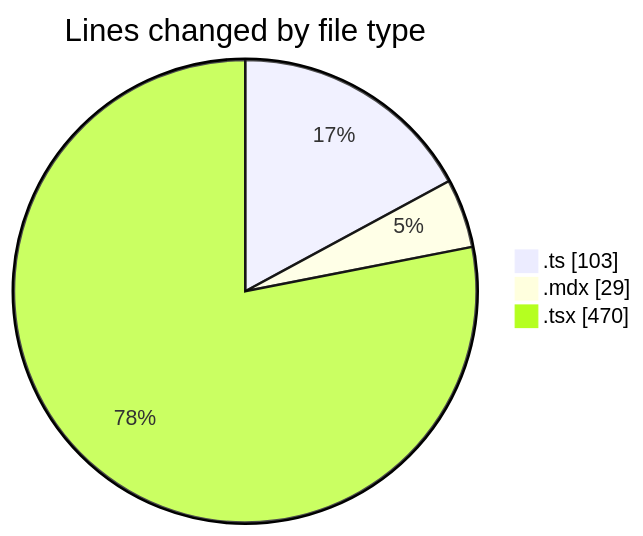
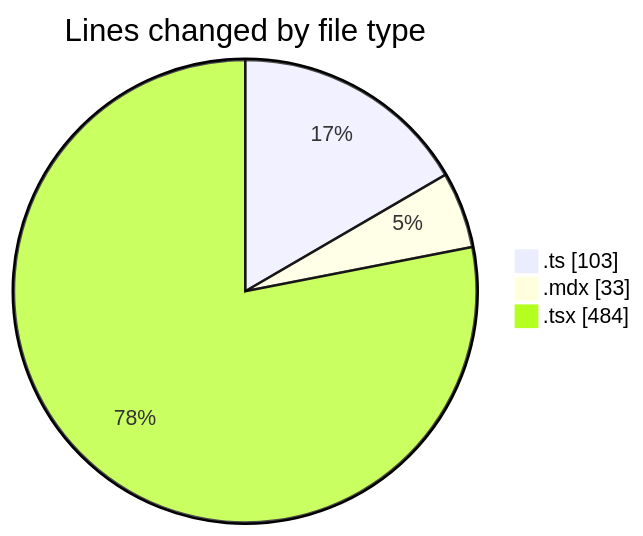
Before and after one commit to Elitesun/code-tracking: the first of 2 diagrams in 2025-05-25/elitesun/README.md, drawn with Mermaid. The commit also changed other lines of this file and 1 other file, not shown here.

````diff
--- a/2025-05-25/elitesun/README.md
+++ b/2025-05-25/elitesun/README.md
@@ -27,7 +27,7 @@
 ```mermaid
 pie showData
 title Lines changed by file type
 ".ts" : 103
-".mdx" : 29
-".tsx" : 470
+".mdx" : 33
+".tsx" : 484
 ```
````
